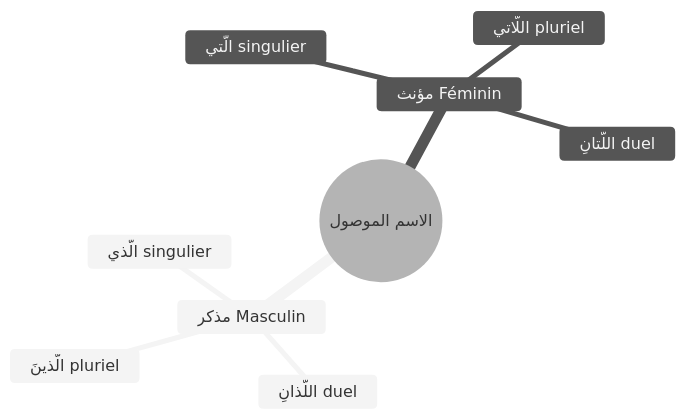
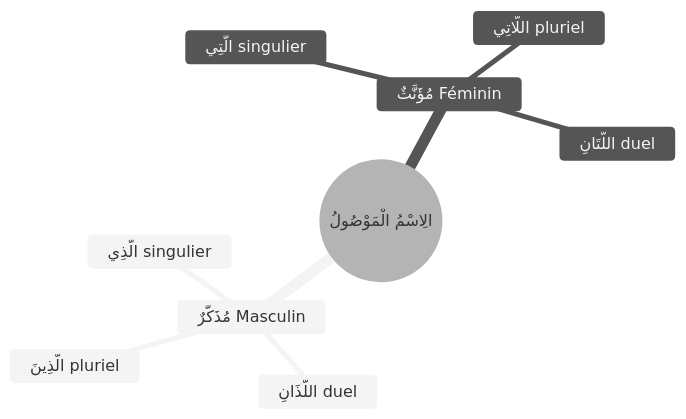
The diagram in content/Ism Mawsul - Pronom relatif.md (ClaudeMKA/obsidian-arabe), drawn with Mermaid (neutral theme) before and after one commit. The commit also changed other lines of this file and 27 other files, not shown here.

````diff
--- a/content/Ism Mawsul - Pronom relatif.md
+++ b/content/Ism Mawsul - Pronom relatif.md
@@ -8,12 +8,12 @@
 ```mermaid
 mindmap
-  root((الاسم الموصول))
-    مذكر Masculin
-      الَّذي singulier
-      اللَّذانِ duel
-      الَّذينَ pluriel
-    مؤنث Féminin
-      الَّتي singulier
-      اللَّتانِ duel
-      اللَّاتي pluriel
+  root((الِاسْمُ الْمَوْصُولُ))
+    مُذَكَّرٌ Masculin
+      الَّذِي singulier
+      اللَّذَانِ duel
+      الَّذِينَ pluriel
+    مُؤَنَّثٌ Féminin
+      الَّتِي singulier
+      اللَّتَانِ duel
+      اللَّاتِي pluriel
 ```
````
